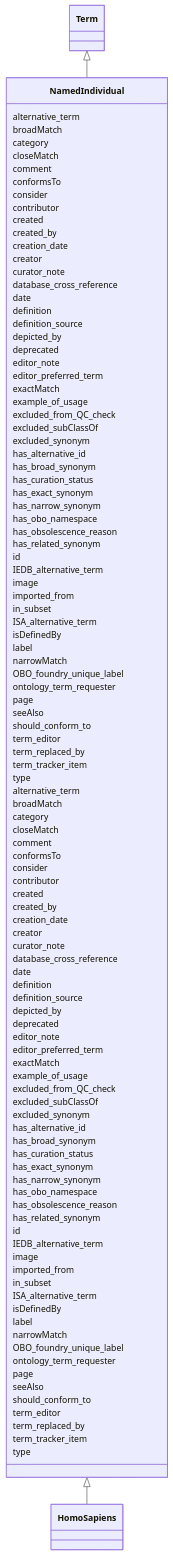
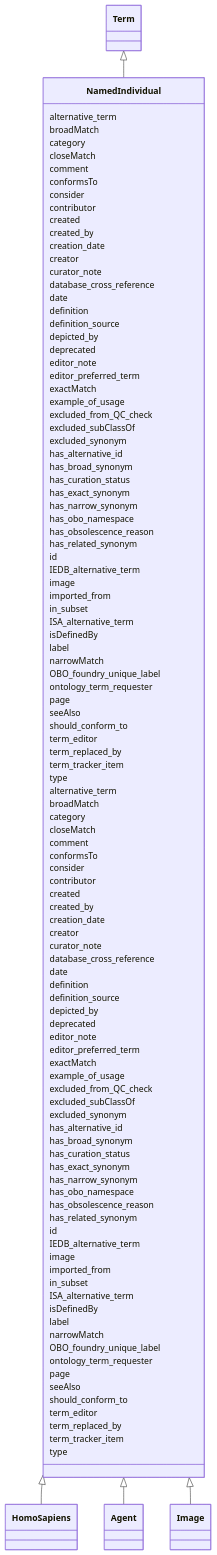
Before and after one commit to INCATools/ontology-access-kit: the diagram in ontology-metadata/NamedIndividual.md, drawn with Mermaid. The commit also changed other lines of this file and 272 other files, not shown here.

```diff
--- a/ontology-metadata/NamedIndividual.md
+++ b/ontology-metadata/NamedIndividual.md
@@ -67,6 +67,8 @@
       
 
       NamedIndividual <|-- HomoSapiens
+      NamedIndividual <|-- Agent
+      NamedIndividual <|-- Image
       
       NamedIndividual : alternative_term
       NamedIndividual : broadMatch
```
